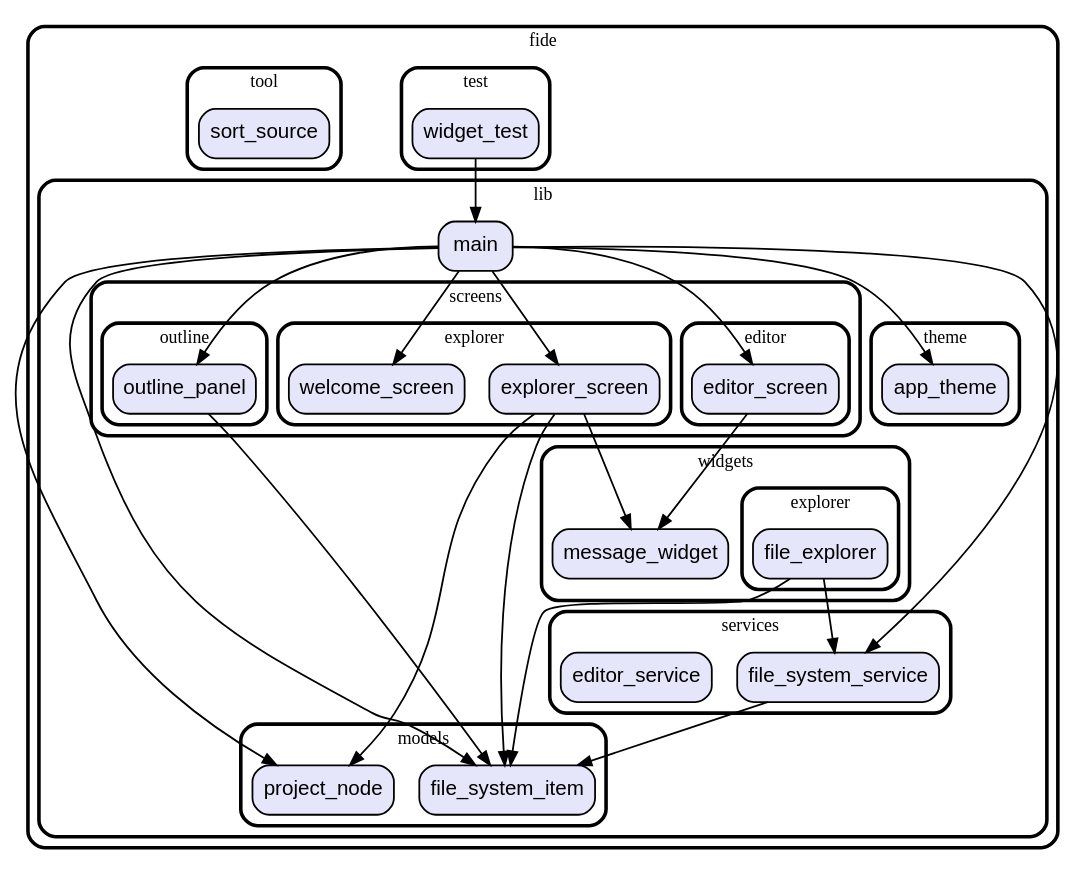
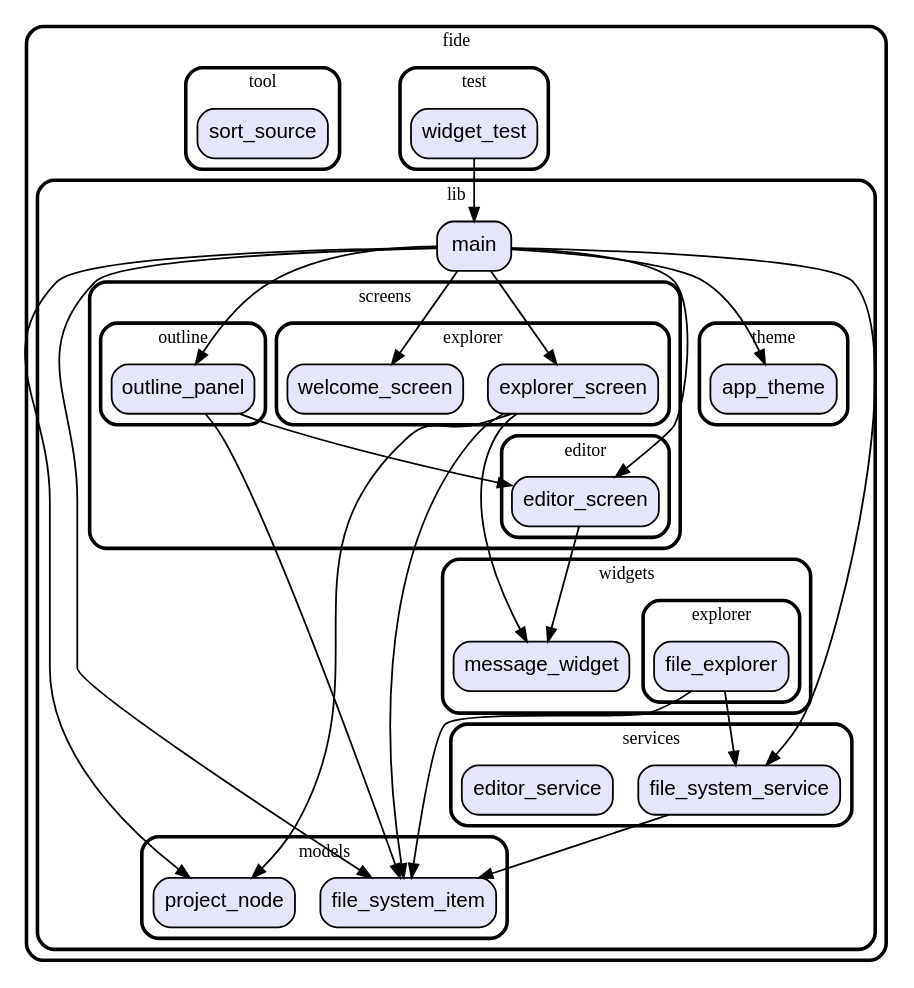
Before and after one commit to vteam-com/FIDE: the diagram in graph.dot, drawn with Graphviz. The commit also changed 4 other files, not shown here.

```diff
--- a/graph.dot
+++ b/graph.dot
@@ -1,89 +1,90 @@
 digraph "" {
   graph [style=rounded fontname="Arial Black" fontsize=13 penwidth=2.6];
   node [shape=rect style="filled,rounded" fontname=Arial fontsize=15 fillcolor=Lavender penwidth=1.3];
   edge [penwidth=1.3];
   "/test/widget_test.dart" [label="widget_test"];
   "/lib/models/project_node.dart" [label="project_node"];
   "/lib/models/file_system_item.dart" [label="file_system_item"];
   "/lib/screens/explorer/explorer_screen.dart" [label="explorer_screen"];
   "/lib/screens/explorer/welcome_screen.dart" [label="welcome_screen"];
   "/lib/screens/outline/outline_panel.dart" [label="outline_panel"];
   "/lib/screens/editor/editor_screen.dart" [label="editor_screen"];
   "/lib/main.dart" [label="main"];
   "/lib/theme/app_theme.dart" [label="app_theme"];
   "/lib/services/file_system_service.dart" [label="file_system_service"];
   "/lib/services/editor_service.dart" [label="editor_service"];
   "/lib/widgets/explorer/file_explorer.dart" [label="file_explorer"];
   "/lib/widgets/message_widget.dart" [label="message_widget"];
   "/tool/sort_source.dart" [label="sort_source"];
   subgraph "cluster~" {
     label="fide";
     subgraph "cluster~/test" {
       label="test";
       "/test/widget_test.dart";
     }
     subgraph "cluster~/lib" {
       label="lib";
       "/lib/main.dart";
       subgraph "cluster~/lib/models" {
         label="models";
         "/lib/models/project_node.dart";
         "/lib/models/file_system_item.dart";
       }
       subgraph "cluster~/lib/screens" {
         label="screens";
         subgraph "cluster~/lib/screens/explorer" {
           label="explorer";
           "/lib/screens/explorer/explorer_screen.dart";
           "/lib/screens/explorer/welcome_screen.dart";
         }
         subgraph "cluster~/lib/screens/outline" {
           label="outline";
           "/lib/screens/outline/outline_panel.dart";
         }
         subgraph "cluster~/lib/screens/editor" {
           label="editor";
           "/lib/screens/editor/editor_screen.dart";
         }
       }
       subgraph "cluster~/lib/theme" {
         label="theme";
         "/lib/theme/app_theme.dart";
       }
       subgraph "cluster~/lib/services" {
         label="services";
         "/lib/services/file_system_service.dart";
         "/lib/services/editor_service.dart";
       }
       subgraph "cluster~/lib/widgets" {
         label="widgets";
         "/lib/widgets/message_widget.dart";
         subgraph "cluster~/lib/widgets/explorer" {
           label="explorer";
           "/lib/widgets/explorer/file_explorer.dart";
         }
       }
     }
     subgraph "cluster~/tool" {
       label="tool";
       "/tool/sort_source.dart";
     }
   }
   "/test/widget_test.dart" -> "/lib/main.dart";
   "/lib/screens/explorer/explorer_screen.dart" -> "/lib/models/project_node.dart";
   "/lib/screens/explorer/explorer_screen.dart" -> "/lib/models/file_system_item.dart";
   "/lib/screens/explorer/explorer_screen.dart" -> "/lib/widgets/message_widget.dart";
   "/lib/screens/outline/outline_panel.dart" -> "/lib/models/file_system_item.dart";
+  "/lib/screens/outline/outline_panel.dart" -> "/lib/screens/editor/editor_screen.dart";
   "/lib/screens/editor/editor_screen.dart" -> "/lib/widgets/message_widget.dart";
   "/lib/main.dart" -> "/lib/screens/explorer/explorer_screen.dart";
   "/lib/main.dart" -> "/lib/screens/explorer/welcome_screen.dart";
   "/lib/main.dart" -> "/lib/screens/editor/editor_screen.dart";
   "/lib/main.dart" -> "/lib/screens/outline/outline_panel.dart";
   "/lib/main.dart" -> "/lib/services/file_system_service.dart";
   "/lib/main.dart" -> "/lib/theme/app_theme.dart";
   "/lib/main.dart" -> "/lib/models/file_system_item.dart";
   "/lib/main.dart" -> "/lib/models/project_node.dart";
   "/lib/services/file_system_service.dart" -> "/lib/models/file_system_item.dart";
   "/lib/widgets/explorer/file_explorer.dart" -> "/lib/services/file_system_service.dart";
   "/lib/widgets/explorer/file_explorer.dart" -> "/lib/models/file_system_item.dart";
 }
```
